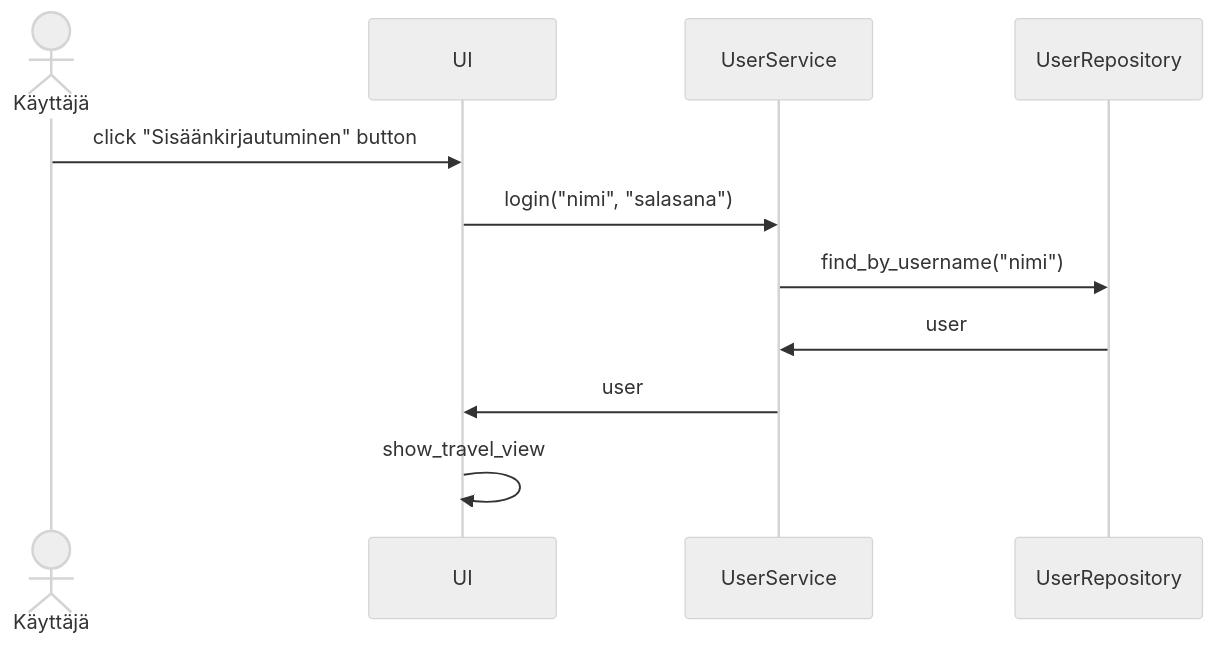
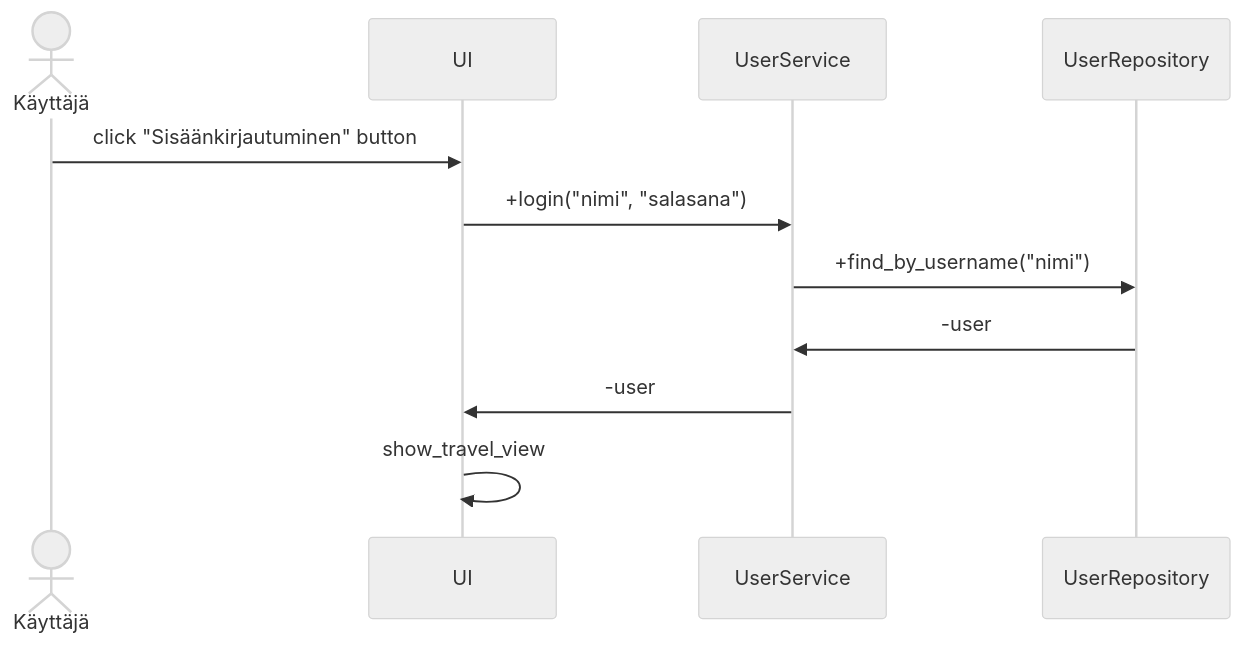
The first of 2 diagrams in travel-expense-calculator-app/dokumentaatio/arkkitehtuuri.md (phuvio/ot-harjoitustyo), drawn with Mermaid (neutral theme) before and after one commit. The commit also changed other lines of this file, not shown here.

````diff
--- a/travel-expense-calculator-app/dokumentaatio/arkkitehtuuri.md
+++ b/travel-expense-calculator-app/dokumentaatio/arkkitehtuuri.md
@@ -26,14 +26,14 @@
 ```mermaid
  sequenceDiagram
    Actor K as Käyttäjä
    participant U as UI
    participant S as UserService
    participant R as UserRepository
    K->>U: click "Sisäänkirjautuminen" button
-   U->>S: login("nimi", "salasana")
-   S->>R: find_by_username("nimi")
-   R->>S: user
-   S->>U: user
+   U->>S: +login("nimi", "salasana")
+   S->>R: +find_by_username("nimi")
+   R->>S: -user
+   S->>U: -user
    U->>U: show_travel_view
 
 ```
````
